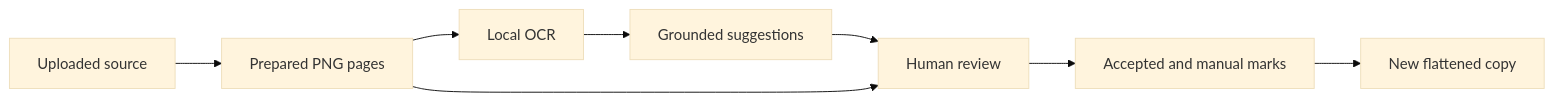
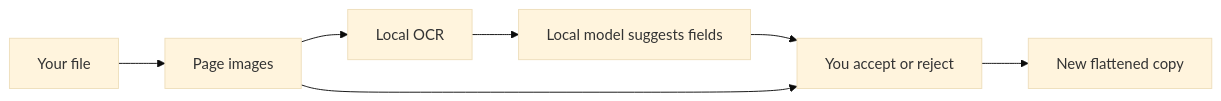
Before and after one commit to danielAsaboro/bring-ai-home: the diagram in docs/redact/overview.mdx, drawn with Mermaid (base theme). The commit also changed other lines of this file and 51 other files, not shown here.

````diff
--- a/docs/redact/overview.mdx
+++ b/docs/redact/overview.mdx
@@ -25,10 +8,9 @@
 ```mermaid
 flowchart LR
-  A[Uploaded source] --> B[Prepared PNG pages]
+  A[Your file] --> B[Page images]
   B --> C[Local OCR]
-  C --> D[Grounded suggestions]
-  D --> E[Human review]
+  C --> D[Local model suggests fields]
+  D --> E[You accept or reject]
   B --> E
-  E --> F[Accepted and manual marks]
-  F --> G[New flattened copy]
+  E --> F[New flattened copy]
 ```
````
